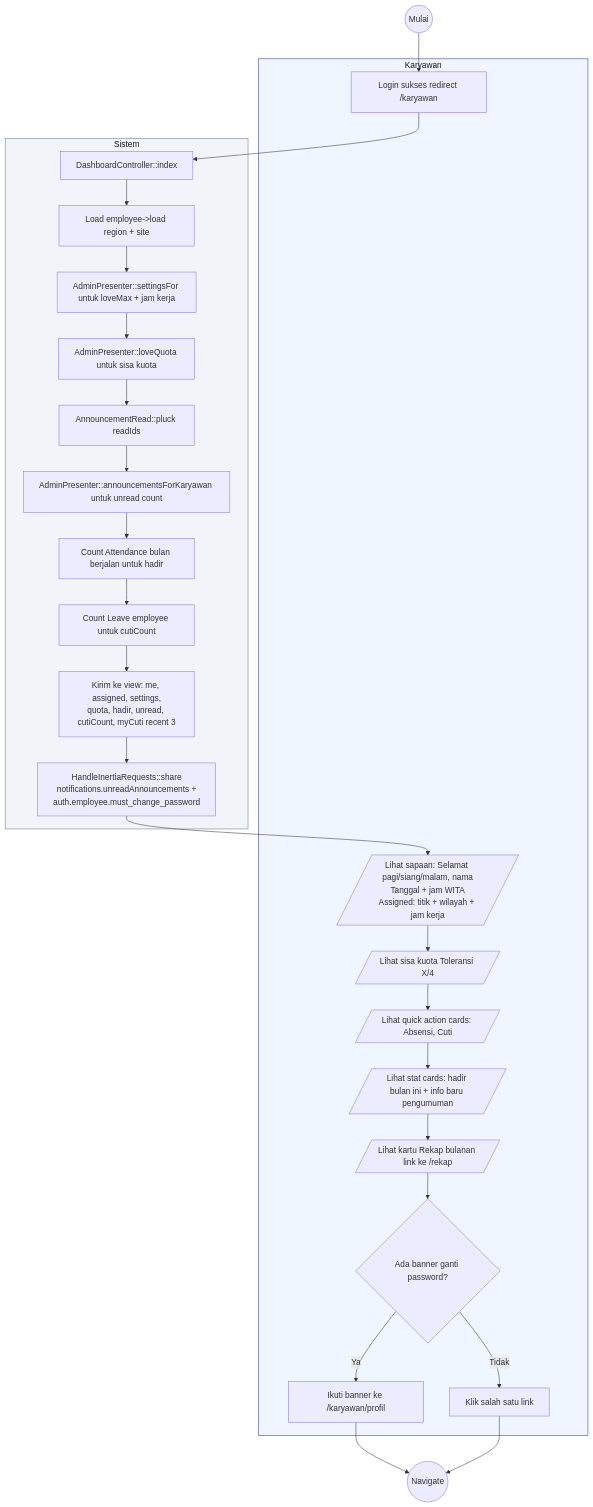
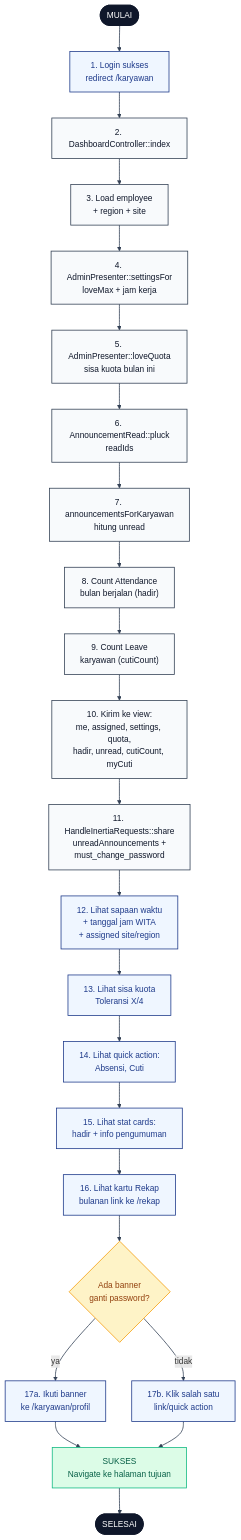
Before and after one commit to radacore/absensi-pu: the diagram in docs/activity-diagrams/23-karyawan-dashboard.md, drawn with Mermaid. The commit also changed other lines of this file and 22 other files, not shown here.

First line of the commit message:
docs(diagram): terapkan pola mermaid flowchart TD ke 23 diagram sisanya

````diff
--- a/docs/activity-diagrams/23-karyawan-dashboard.md
+++ b/docs/activity-diagrams/23-karyawan-dashboard.md
@@ -11,55 +11,60 @@
 ```mermaid
 flowchart TD
-    Start((Mulai)) --> K1
+    START([MULAI]):::se
 
-    subgraph Karyawan[Karyawan]
-        K1[Login sukses redirect /karyawan]
-        K2[/Lihat sapaan: Selamat pagi/siang/malam, nama<br/>Tanggal + jam WITA<br/>Assigned: titik + wilayah + jam kerja/]
-        K3[/Lihat sisa kuota Toleransi X/4/]
-        K4[/Lihat quick action cards: Absensi, Cuti/]
-        K5[/Lihat stat cards: hadir bulan ini + info baru pengumuman/]
-        K6[/Lihat kartu Rekap bulanan link ke /rekap/]
-        K7{Ada banner ganti password?}
-        K8[Ikuti banner ke /karyawan/profil]
-        K9[Klik salah satu link]
-    end
+    A1["1. Login sukses<br/>redirect /karyawan"]:::user
+    S1["2. DashboardController::index"]:::sys
+    S2["3. Load employee<br/>+ region + site"]:::sys
+    S3["4. AdminPresenter::settingsFor<br/>loveMax + jam kerja"]:::sys
+    S4["5. AdminPresenter::loveQuota<br/>sisa kuota bulan ini"]:::sys
+    S5["6. AnnouncementRead::pluck<br/>readIds"]:::sys
+    S6["7. announcementsForKaryawan<br/>hitung unread"]:::sys
+    S7["8. Count Attendance<br/>bulan berjalan (hadir)"]:::sys
+    S8["9. Count Leave<br/>karyawan (cutiCount)"]:::sys
+    S9["10. Kirim ke view:<br/>me, assigned, settings, quota,<br/>hadir, unread, cutiCount, myCuti"]:::sys
+    S10["11. HandleInertiaRequests::share<br/>unreadAnnouncements +<br/>must_change_password"]:::sys
 
-    subgraph Sistem[Sistem]
-        S1[DashboardController::index]
-        S2[Load employee->load region + site]
-        S3[AdminPresenter::settingsFor untuk loveMax + jam kerja]
-        S4[AdminPresenter::loveQuota untuk sisa kuota]
-        S5[AnnouncementRead::pluck readIds]
-        S6[AdminPresenter::announcementsForKaryawan untuk unread count]
-        S7[Count Attendance bulan berjalan untuk hadir]
-        S8[Count Leave employee untuk cutiCount]
-        S9[Kirim ke view: me, assigned, settings,<br/>quota, hadir, unread, cutiCount, myCuti recent 3]
-        S10[HandleInertiaRequests::share<br/>notifications.unreadAnnouncements +<br/>auth.employee.must_change_password]
-    end
+    A2["12. Lihat sapaan waktu<br/>+ tanggal jam WITA<br/>+ assigned site/region"]:::user
+    A3["13. Lihat sisa kuota<br/>Toleransi X/4"]:::user
+    A4["14. Lihat quick action:<br/>Absensi, Cuti"]:::user
+    A5["15. Lihat stat cards:<br/>hadir + info pengumuman"]:::user
+    A6["16. Lihat kartu Rekap<br/>bulanan link ke /rekap"]:::user
+    D1{"Ada banner<br/>ganti password?"}:::dec
+    A7a["17a. Ikuti banner<br/>ke /karyawan/profil"]:::user
+    A7b["17b. Klik salah satu<br/>link/quick action"]:::user
 
-    K1 --> S1
+    OK["SUKSES<br/>Navigate ke halaman tujuan"]:::ok
+    END([SELESAI]):::se
+
+    START --> A1
+    A1 --> S1
     S1 --> S2
     S2 --> S3
     S3 --> S4
     S4 --> S5
     S5 --> S6
     S6 --> S7
     S7 --> S8
     S8 --> S9
     S9 --> S10
-    S10 --> K2
-    K2 --> K3
-    K3 --> K4
-    K4 --> K5
-    K5 --> K6
-    K6 --> K7
-    K7 -->|Ya| K8
-    K7 -->|Tidak| K9
-    K8 --> End((Navigate))
-    K9 --> End
+    S10 --> A2
+    A2 --> A3
+    A3 --> A4
+    A4 --> A5
+    A5 --> A6
+    A6 --> D1
+    D1 -->|ya| A7a
+    D1 -->|tidak| A7b
+    A7a --> OK
+    A7b --> OK
+    OK --> END
 
-    classDef actor fill:#EFF6FF,stroke:#1E3A8A,stroke-width:1px,color:#0F172A
-    classDef system fill:#F1F5F9,stroke:#64748B,stroke-width:1px,color:#0F172A
-    class Karyawan actor
-    class Sistem system
+    classDef se fill:#0F172A,stroke:#0F172A,color:#fff,stroke-width:2px
+    classDef user fill:#EFF6FF,stroke:#1E3A8A,color:#1E3A8A,stroke-width:1.5px
+    classDef sys fill:#F8FAFC,stroke:#334155,color:#0F172A,stroke-width:1.5px
+    classDef dec fill:#FEF3C7,stroke:#F59E0B,color:#92400E,stroke-width:1.5px
+    classDef err fill:#FEE2E2,stroke:#EF4444,color:#991B1B,stroke-width:1.5px
+    classDef ok fill:#DCFCE7,stroke:#10B981,color:#065F46,stroke-width:1.5px
+
+    linkStyle default stroke:#334155,stroke-width:1.5px
 ```
````
